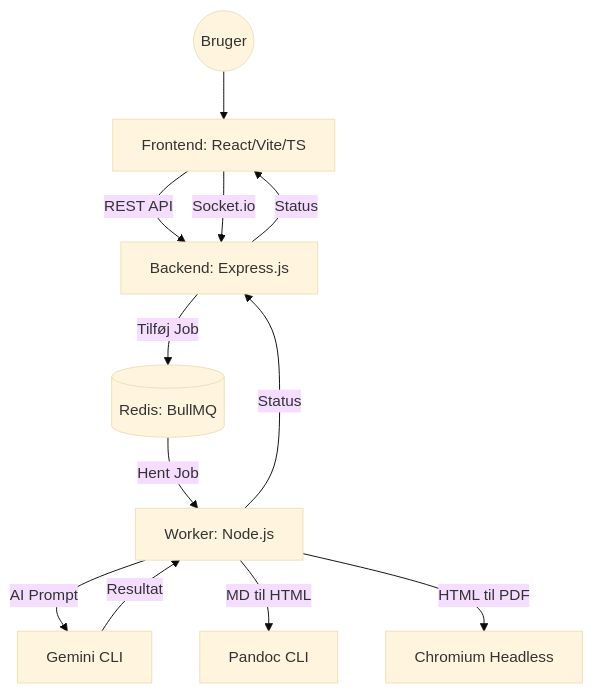
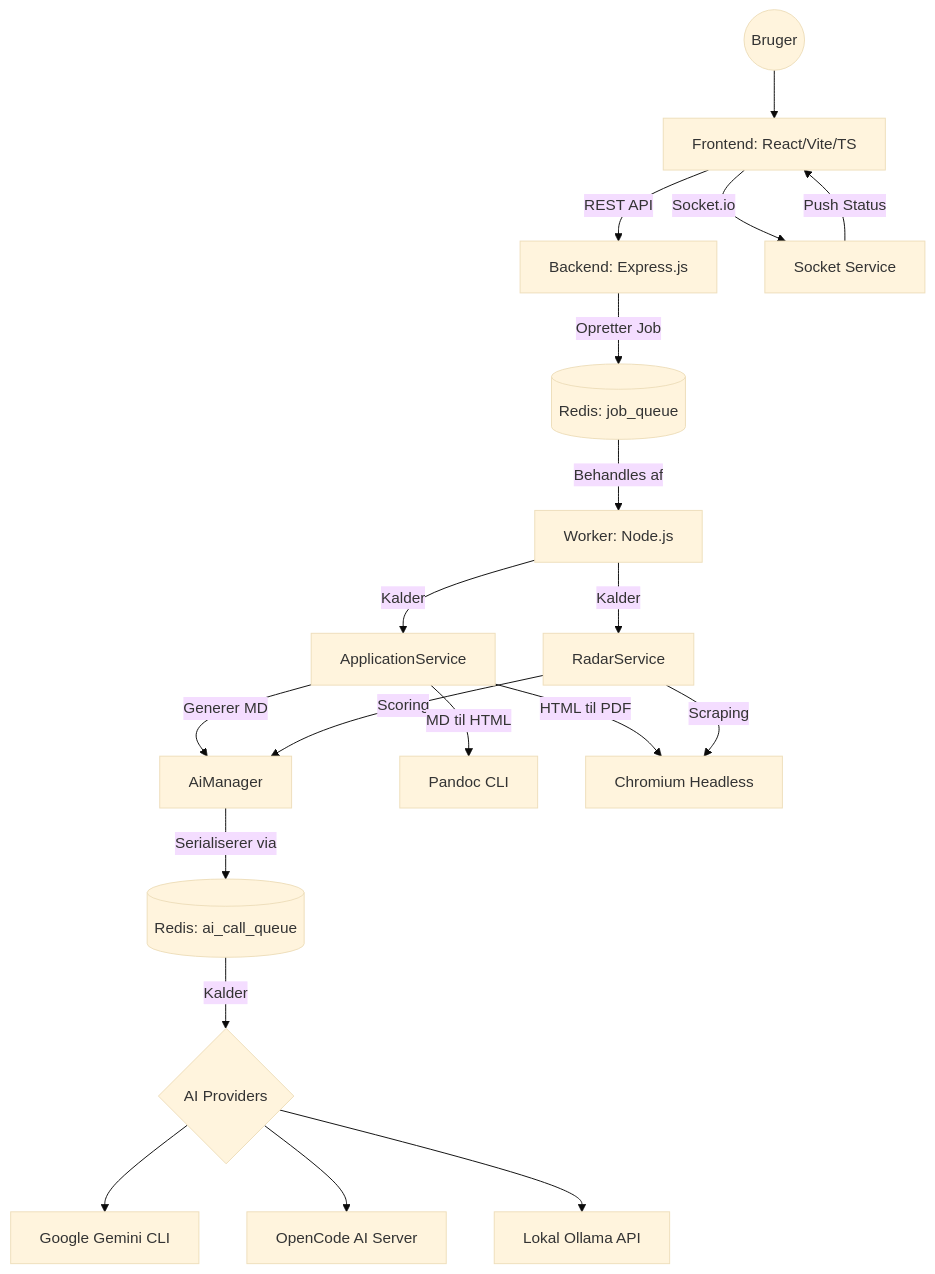
One commit to MichaelGNielsen/Job-Application-Agent-Template changed the diagram in docs/architecture.md. Above: the diagram before and after it, drawn with Mermaid (base theme). The commit also changed other lines of this file and 28 other files, not shown here.

Commit message:
docs: opdateret architecture.md og TODO.md, tilføjet radar.json_template, synkroniseret resilient AI-parsing fra MGN

````diff
--- a/docs/architecture.md
+++ b/docs/architecture.md
@@ -19,14 +19,29 @@
 ```mermaid
 graph TD
     User((Bruger)) --> Frontend[Frontend: React/Vite/TS]
     Frontend -- REST API --> Backend[Backend: Express.js]
-    Frontend -- Socket.io --> Backend
-    Backend -- Tilføj Job --> Queue[(Redis: BullMQ)]
-    Queue -- Hent Job --> Worker[Worker: Node.js]
-    Worker -- AI Prompt --> GeminiCLI[Gemini CLI]
-    GeminiCLI -- Resultat --> Worker
-    Worker -- MD til HTML --> Pandoc[Pandoc CLI]
-    Worker -- HTML til PDF --> Chromium[Chromium Headless]
-    Worker -- Status --> Backend
-    Backend -- Status --> Frontend
+    Frontend -- Socket.io --> Socket[Socket Service]
+    
+    Backend -- Opretter Job --> JobQueue[(Redis: job_queue)]
+    JobQueue -- Behandles af --> Worker[Worker: Node.js]
+    
+    Worker -- Kalder --> AppService[ApplicationService]
+    Worker -- Kalder --> RadarService[RadarService]
+    
+    AppService -- Generer MD --> AiManager[AiManager]
+    RadarService -- Scoring --> AiManager
+    
+    AiManager -- Serialiserer via --> AiQueue[(Redis: ai_call_queue)]
+    AiQueue -- Kalder --> Providers{AI Providers}
+    
+    Providers --> Gemini[Google Gemini CLI]
+    Providers --> OpenCode[OpenCode AI Server]
+    Providers --> Ollama[Lokal Ollama API]
+    
+    AppService -- MD til HTML --> Pandoc[Pandoc CLI]
+    AppService -- HTML til PDF --> Chromium[Chromium Headless]
+    
+    RadarService -- Scraping --> Chromium
+    
+    Socket -- Push Status --> Frontend
 ```
````
